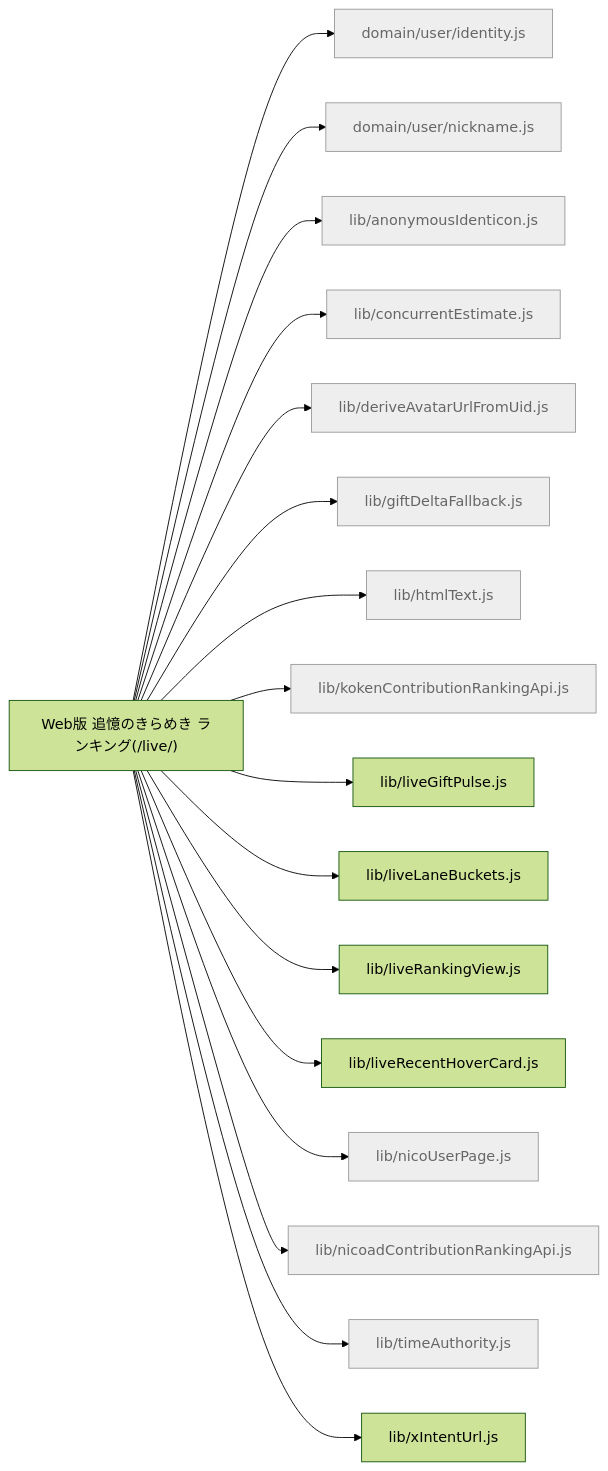
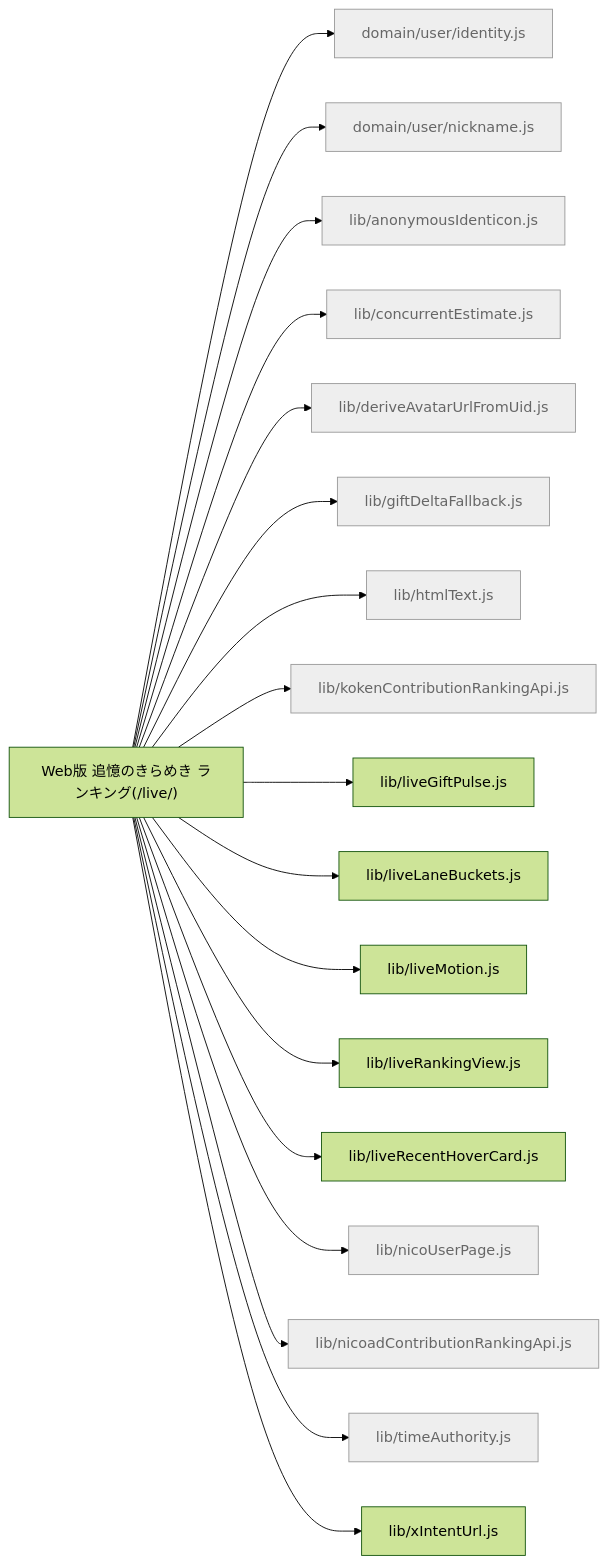
The diagram in docs/feature-map/live-ranking.md (kimito-link/tsuioku-no-kirameki.com), drawn with Mermaid (forest theme) before and after one commit. The commit also changed 29 other files, not shown here.

````diff
--- a/docs/feature-map/live-ranking.md
+++ b/docs/feature-map/live-ranking.md
@@ -13,21 +13,22 @@
 ```mermaid
 graph LR
   n_live_ranking["Web版 追憶のきらめき ランキング(/live/)"]
   n_live_ranking --> n_src_domain_user_identity_js["domain/user/identity.js"]:::shared
   n_live_ranking --> n_src_domain_user_nickname_js["domain/user/nickname.js"]:::shared
   n_live_ranking --> n_src_lib_anonymousIdenticon_js["lib/anonymousIdenticon.js"]:::shared
   n_live_ranking --> n_src_lib_concurrentEstimate_js["lib/concurrentEstimate.js"]:::shared
   n_live_ranking --> n_src_lib_deriveAvatarUrlFromUid_js["lib/deriveAvatarUrlFromUid.js"]:::shared
   n_live_ranking --> n_src_lib_giftDeltaFallback_js["lib/giftDeltaFallback.js"]:::shared
   n_live_ranking --> n_src_lib_htmlText_js["lib/htmlText.js"]:::shared
   n_live_ranking --> n_src_lib_kokenContributionRankingApi_js["lib/kokenContributionRankingApi.js"]:::shared
   n_live_ranking --> n_src_lib_liveGiftPulse_js["lib/liveGiftPulse.js"]
   n_live_ranking --> n_src_lib_liveLaneBuckets_js["lib/liveLaneBuckets.js"]
+  n_live_ranking --> n_src_lib_liveMotion_js["lib/liveMotion.js"]
   n_live_ranking --> n_src_lib_liveRankingView_js["lib/liveRankingView.js"]
   n_live_ranking --> n_src_lib_liveRecentHoverCard_js["lib/liveRecentHoverCard.js"]
   n_live_ranking --> n_src_lib_nicoUserPage_js["lib/nicoUserPage.js"]:::shared
   n_live_ranking --> n_src_lib_nicoadContributionRankingApi_js["lib/nicoadContributionRankingApi.js"]:::shared
   n_live_ranking --> n_src_lib_timeAuthority_js["lib/timeAuthority.js"]:::shared
   n_live_ranking --> n_src_lib_xIntentUrl_js["lib/xIntentUrl.js"]
   classDef shared fill:#eee,stroke:#999,color:#666;
 ```
````
